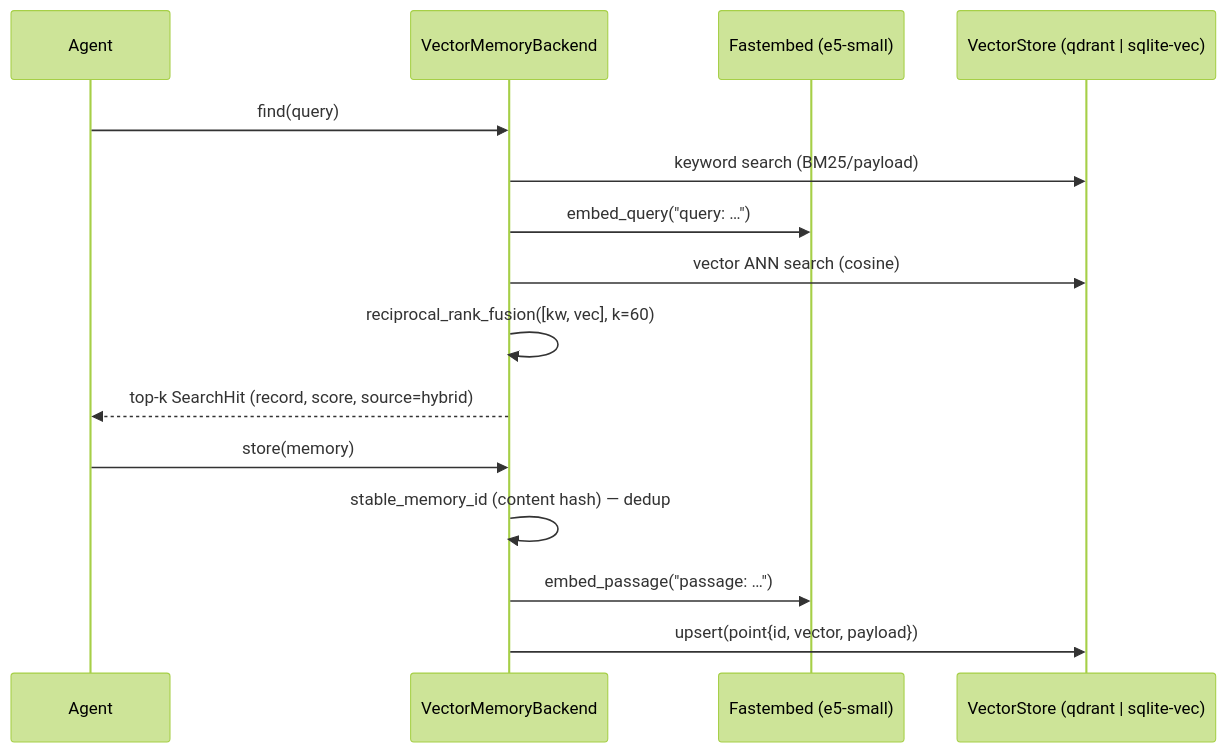
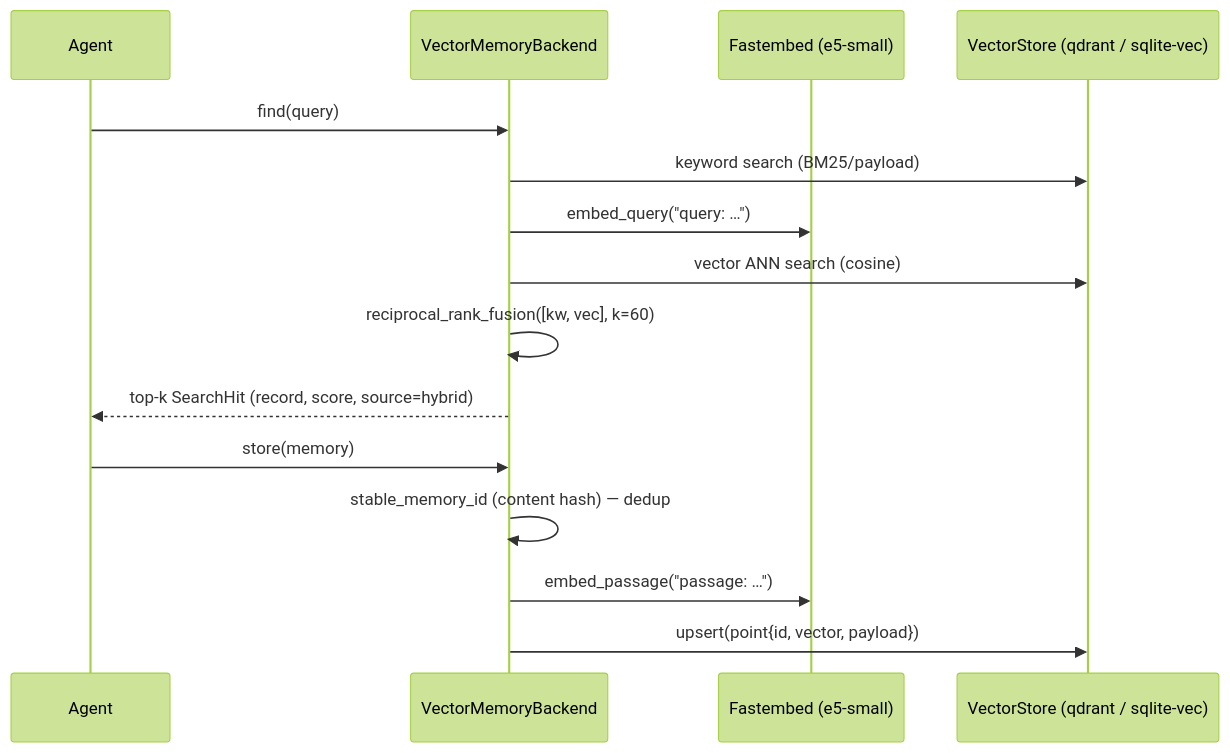
The third of 6 diagrams in docs/memory.md (aquifer-labs/brunnr), drawn with Mermaid (forest theme) before and after one commit. The commit also changed other lines of this file and 2 other files, not shown here.

First line of the commit message:
docs: fix KaTeX (operatorname->mathrm), broken mermaid pipe, dead/wrong reference links; style key diagrams

````diff
--- a/docs/memory.md
+++ b/docs/memory.md
@@ -140,17 +145,17 @@
 ```mermaid
 sequenceDiagram
   participant Ag as Agent
   participant VM as VectorMemoryBackend
   participant Em as Fastembed (e5-small)
-  participant VS as VectorStore (qdrant | sqlite-vec)
+  participant VS as VectorStore (qdrant / sqlite-vec)
   Ag->>VM: find(query)
   VM->>VS: keyword search (BM25/payload)
   VM->>Em: embed_query("query: …")
   VM->>VS: vector ANN search (cosine)
   VM->>VM: reciprocal_rank_fusion([kw, vec], k=60)
   VM-->>Ag: top-k SearchHit (record, score, source=hybrid)
   Ag->>VM: store(memory)
   VM->>VM: stable_memory_id (content hash) — dedup
   VM->>Em: embed_passage("passage: …")
   VM->>VS: upsert(point{id, vector, payload})
 ```
````
